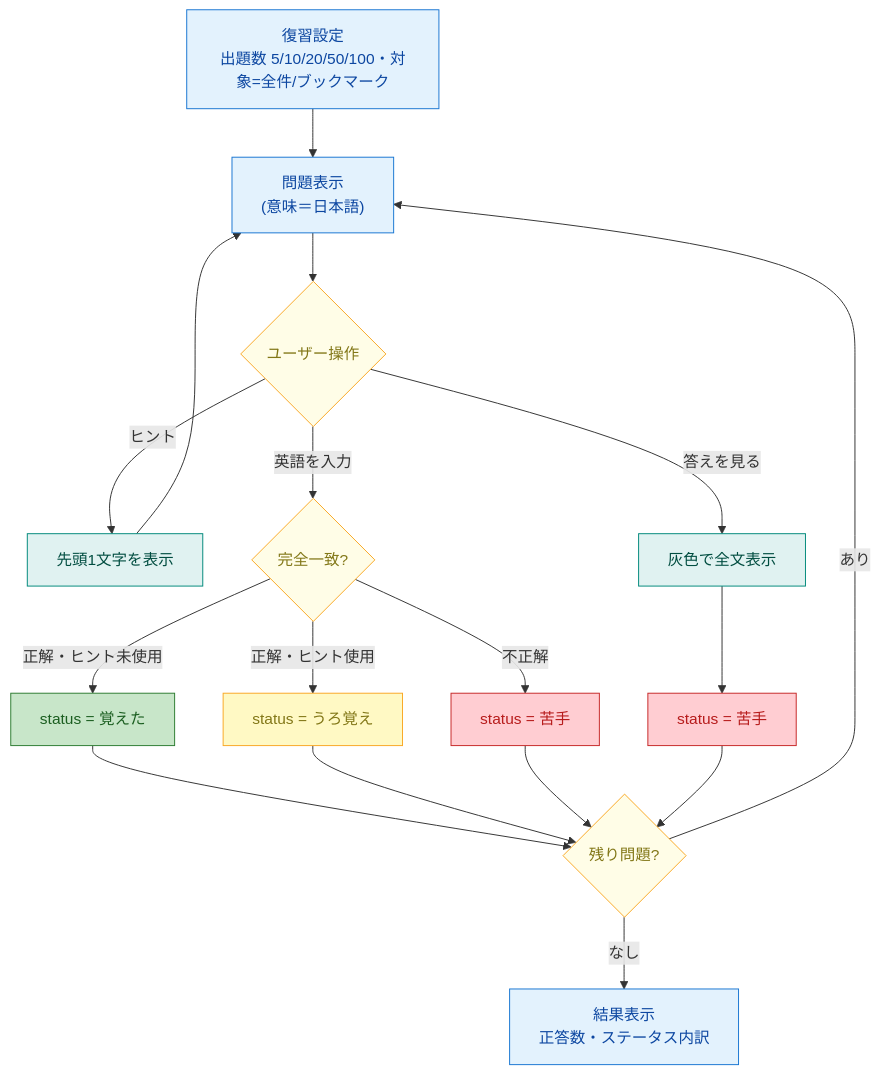
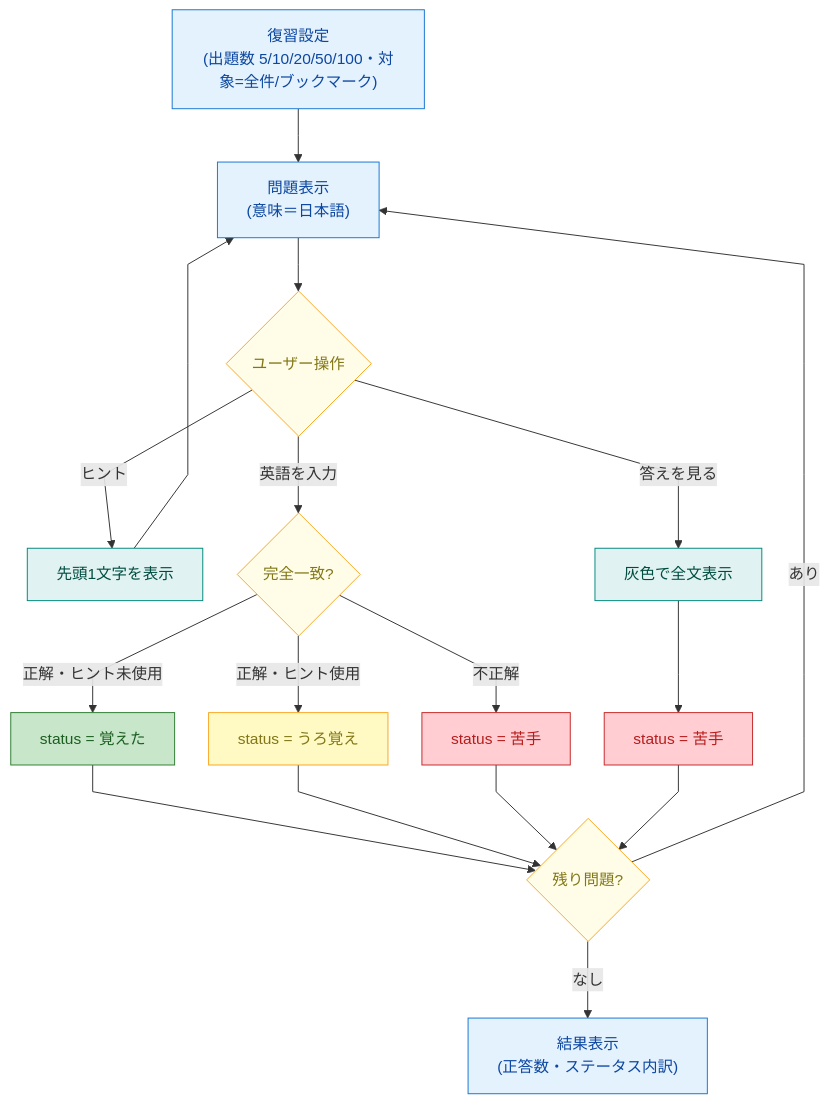
One commit to komikonkon/Rakuku changed the fifth of 5 diagrams in docs/screen-flow.md. Above: the diagram before and after it, drawn with Mermaid. The commit also changed other lines of this file and 1 other file, not shown here.

First line of the commit message:
Rework diagrams per LIG zukai guidelines: straight lines, fewer crossings, eye-flow

````diff
--- a/docs/screen-flow.md
+++ b/docs/screen-flow.md
@@ -111,29 +106,30 @@
 ```mermaid
+%%{init: {'flowchart': {'curve': 'linear', 'nodeSpacing': 35, 'rankSpacing': 55}}}%%
 flowchart TD
-    Cfg["復習設定<br/>出題数 5/10/20/50/100・対象=全件/ブックマーク"]:::screen --> Q["問題表示<br/>(意味＝日本語)"]:::screen
+    Cfg["復習設定<br/>(出題数 5/10/20/50/100・対象=全件/ブックマーク)"]:::screen --> Q["問題表示<br/>(意味＝日本語)"]:::screen
     Q --> Op{"ユーザー操作"}:::dec
 
-    Op -->|ヒント| Hint["先頭1文字を表示"]:::proc --> Q
-    Op -->|英語を入力| Judge{"完全一致?"}:::dec
-    Op -->|答えを見る| Reveal["灰色で全文表示"]:::proc
+    Op -- ヒント --> Hint["先頭1文字を表示"]:::proc --> Q
+    Op -- 英語を入力 --> Judge{"完全一致?"}:::dec
+    Op -- 答えを見る --> Reveal["灰色で全文表示"]:::proc
 
-    Judge -->|正解・ヒント未使用| SLearned["status = 覚えた"]:::learned
-    Judge -->|正解・ヒント使用| SVague["status = うろ覚え"]:::vague
-    Judge -->|不正解| SWeak["status = 苦手"]:::weak
+    Judge -- 正解・ヒント未使用 --> SLearned["status = 覚えた"]:::learned
+    Judge -- 正解・ヒント使用 --> SVague["status = うろ覚え"]:::vague
+    Judge -- 不正解 --> SWeak["status = 苦手"]:::weak
     Reveal --> SWeak2["status = 苦手"]:::weak
 
     SLearned --> Next{"残り問題?"}:::dec
     SVague --> Next
     SWeak --> Next
     SWeak2 --> Next
 
-    Next -->|あり| Q
-    Next -->|なし| Result["結果表示<br/>正答数・ステータス内訳"]:::screen
+    Next -- あり --> Q
+    Next -- なし --> Result["結果表示<br/>(正答数・ステータス内訳)"]:::screen
 
     classDef screen  fill:#E3F2FD,stroke:#1976D2,color:#0D47A1;
     classDef proc    fill:#E0F2F1,stroke:#00897B,color:#004D40;
     classDef dec     fill:#FFFDE7,stroke:#F9A825,color:#827717;
     classDef learned fill:#C8E6C9,stroke:#2E7D32,color:#1B5E20;
     classDef vague   fill:#FFF9C4,stroke:#F9A825,color:#827717;
     classDef weak    fill:#FFCDD2,stroke:#C62828,color:#B71C1C;
 ```
````
